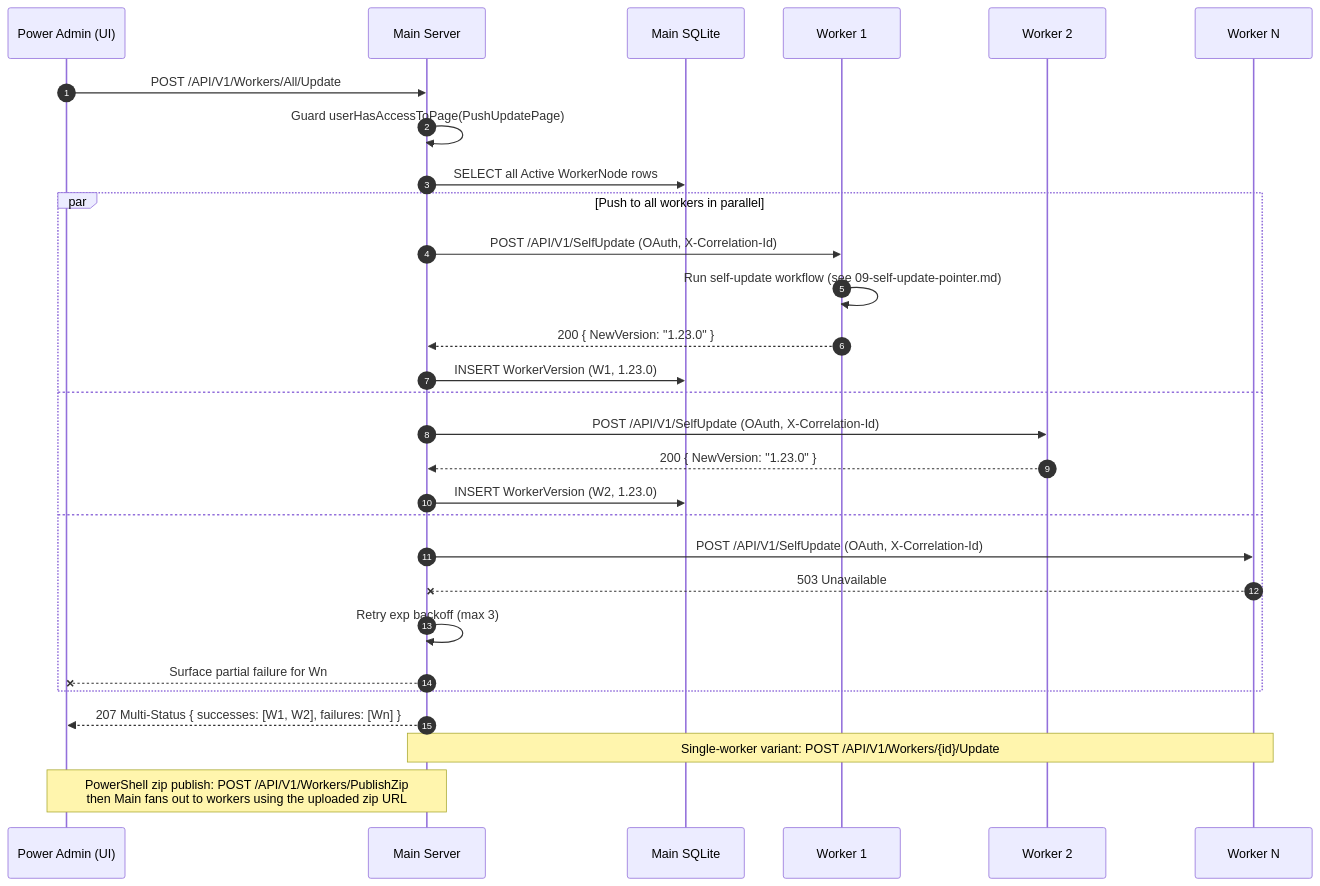
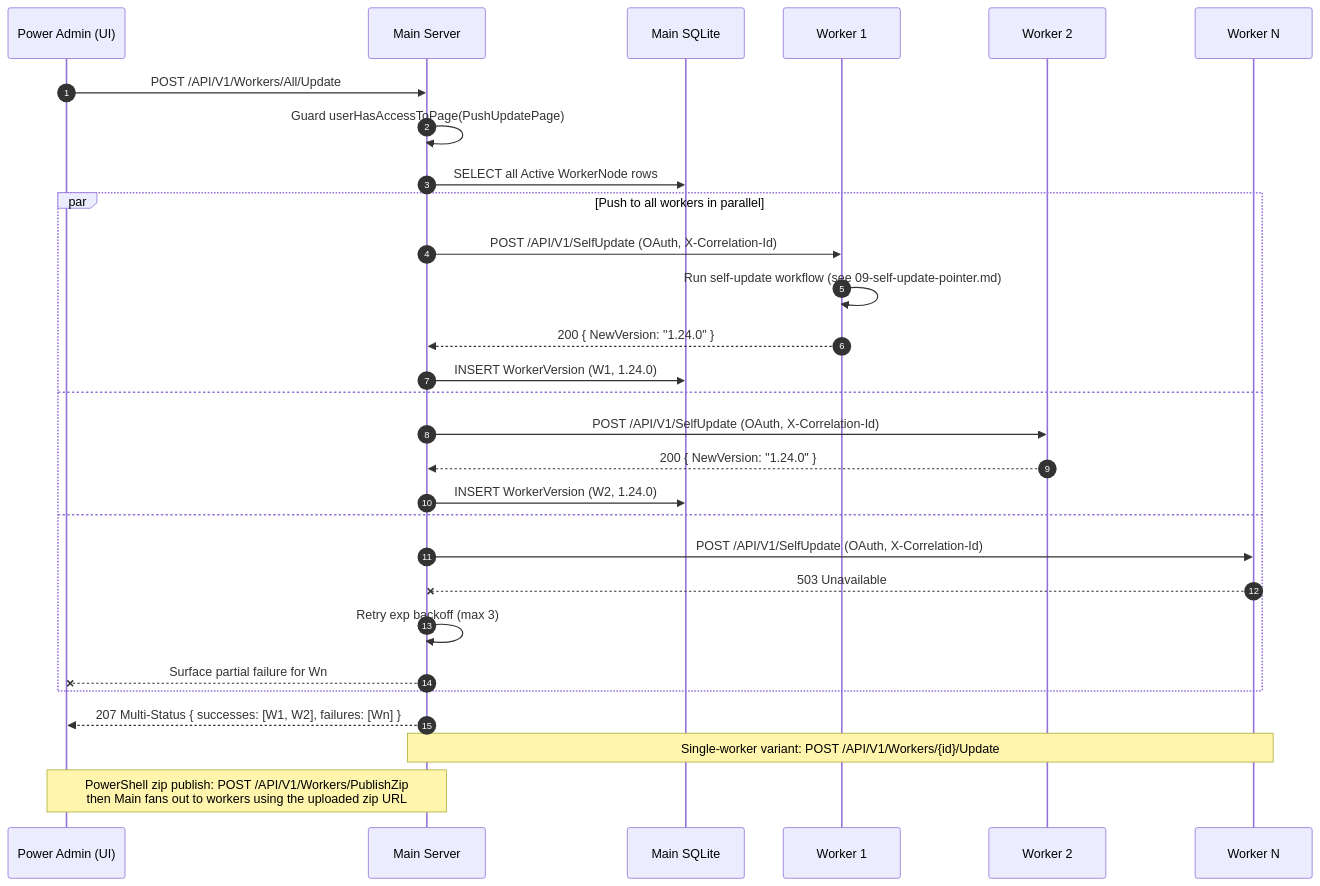
The diagram in spec/19-main-worker-service/diagrams/seq-push-update.mmd (alimtvnetwork/prompt-architect-v2), drawn with Mermaid before and after one commit. The commit also changed 14 other files, not shown here.

```diff
--- a/spec/19-main-worker-service/diagrams/seq-push-update.mmd
+++ b/spec/19-main-worker-service/diagrams/seq-push-update.mmd
@@ -1,43 +1,43 @@
 %% ==========================================================
 %% NON-AUTHORITATIVE PROJECTION
 %% ==========================================================
 %% Subject:        Power-Admin push-update fan-out
 %% Authoritative:  spec/14-update/28-worker-push-instruction.md + spec/19/15-tunable-constants.md
 %% Status:         Illustrative only. If this diagram disagrees
 %%                 with the authoritative spec(s) above, the
 %%                 spec wins and this file is the bug.
 %% Banner version: 1.0.0 (2026-05-04, audit fix #9)
 %% ==========================================================
 sequenceDiagram
     autonumber
     participant Admin as Power Admin (UI)
     participant Main as Main Server
     participant DB as Main SQLite
     participant W1 as Worker 1
     participant W2 as Worker 2
     participant Wn as Worker N
 
     Admin->>Main: POST /API/V1/Workers/All/Update
     Main->>Main: Guard userHasAccessToPage(PushUpdatePage)
     Main->>DB: SELECT all Active WorkerNode rows
 
     par Push to all workers in parallel
         Main->>W1: POST /API/V1/SelfUpdate (OAuth, X-Correlation-Id)
         W1->>W1: Run self-update workflow (see 09-self-update-pointer.md)
-        W1-->>Main: 200 { NewVersion: "1.23.0" }
-        Main->>DB: INSERT WorkerVersion (W1, 1.23.0)
+        W1-->>Main: 200 { NewVersion: "1.24.0" }
+        Main->>DB: INSERT WorkerVersion (W1, 1.24.0)
     and
         Main->>W2: POST /API/V1/SelfUpdate (OAuth, X-Correlation-Id)
-        W2-->>Main: 200 { NewVersion: "1.23.0" }
-        Main->>DB: INSERT WorkerVersion (W2, 1.23.0)
+        W2-->>Main: 200 { NewVersion: "1.24.0" }
+        Main->>DB: INSERT WorkerVersion (W2, 1.24.0)
     and
         Main->>Wn: POST /API/V1/SelfUpdate (OAuth, X-Correlation-Id)
         Wn--xMain: 503 Unavailable
         Main->>Main: Retry exp backoff (max 3)
         Main--xAdmin: Surface partial failure for Wn
     end
 
     Main-->>Admin: 207 Multi-Status { successes: [W1, W2], failures: [Wn] }
 
     Note over Main,Wn: Single-worker variant: POST /API/V1/Workers/{id}/Update
     Note over Admin,Main: PowerShell zip publish: POST /API/V1/Workers/PublishZip<br/>then Main fans out to workers using the uploaded zip URL
```
